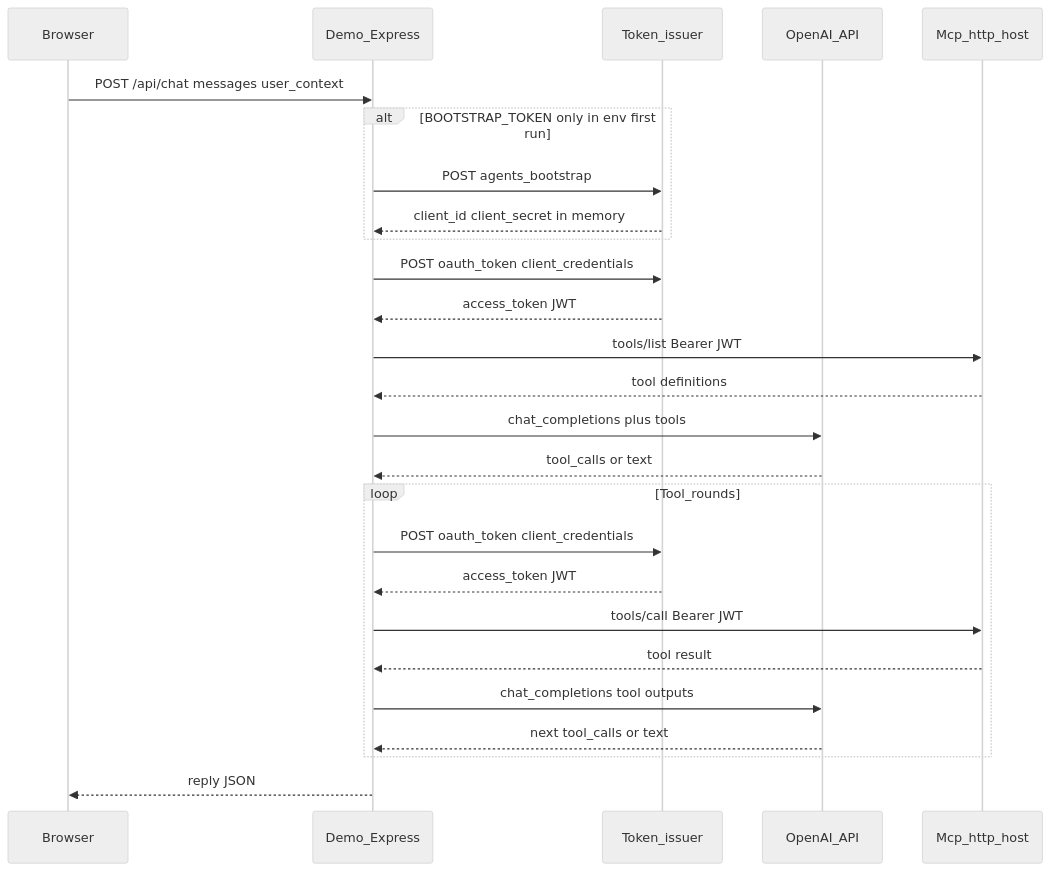
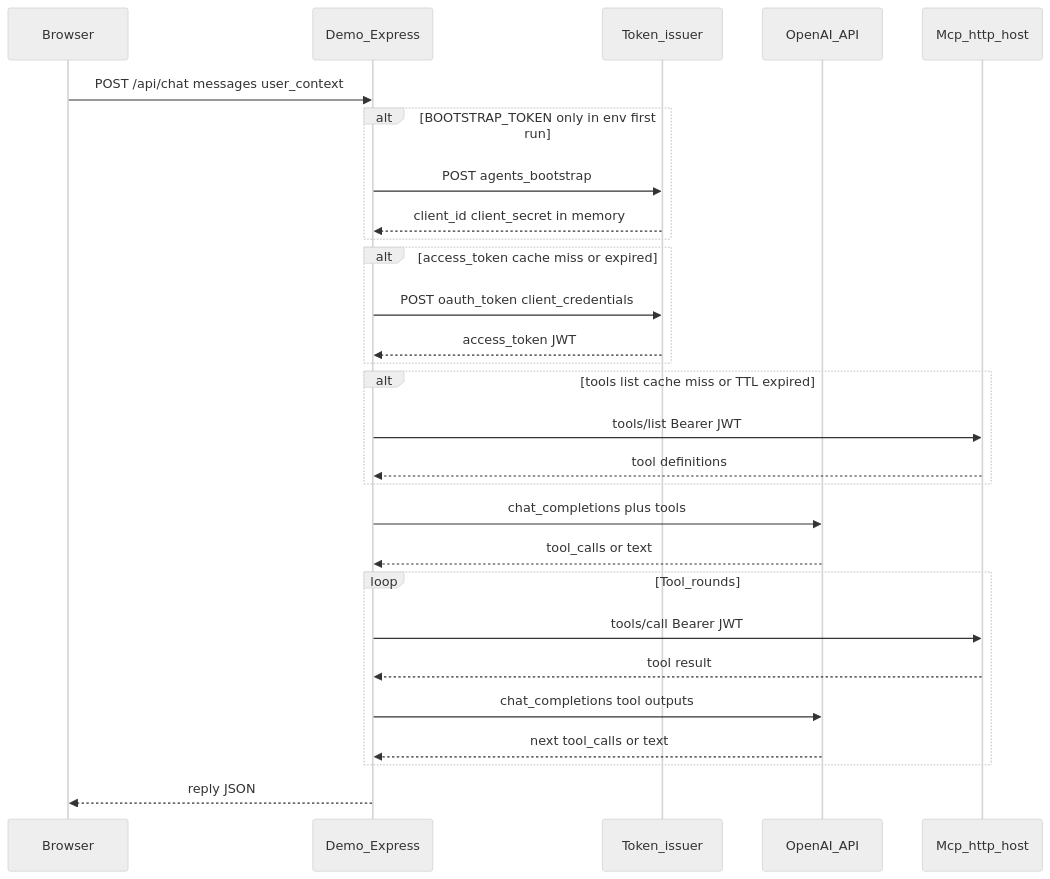
Before and after one commit to MilesCX-Admin/milescx-daxko-mcp-server-sample-agent: the first of 2 diagrams in docs/ARCHITECTURE.md, drawn with Mermaid (neutral theme). The commit also changed other lines of this file and 19 other files, not shown here.

````diff
--- a/docs/ARCHITECTURE.md
+++ b/docs/ARCHITECTURE.md
@@ -20,29 +22,31 @@
 ```mermaid
 sequenceDiagram
   participant Browser
   participant Sample as Demo_Express
   participant Auth as Token_issuer
   participant OAI as OpenAI_API
   participant MCP as Mcp_http_host
 
   Browser->>Sample: POST /api/chat messages user_context
   alt BOOTSTRAP_TOKEN only in env first run
     Sample->>Auth: POST agents_bootstrap
     Auth-->>Sample: client_id client_secret in memory
   end
-  Sample->>Auth: POST oauth_token client_credentials
-  Auth-->>Sample: access_token JWT
-  Sample->>MCP: tools/list Bearer JWT
-  MCP-->>Sample: tool definitions
+  alt access_token cache miss or expired
+    Sample->>Auth: POST oauth_token client_credentials
+    Auth-->>Sample: access_token JWT
+  end
+  alt tools list cache miss or TTL expired
+    Sample->>MCP: tools/list Bearer JWT
+    MCP-->>Sample: tool definitions
+  end
   Sample->>OAI: chat_completions plus tools
   OAI-->>Sample: tool_calls or text
   loop Tool_rounds
-    Sample->>Auth: POST oauth_token client_credentials
-    Auth-->>Sample: access_token JWT
     Sample->>MCP: tools/call Bearer JWT
     MCP-->>Sample: tool result
     Sample->>OAI: chat_completions tool outputs
     OAI-->>Sample: next tool_calls or text
   end
   Sample-->>Browser: reply JSON
 ```
````
